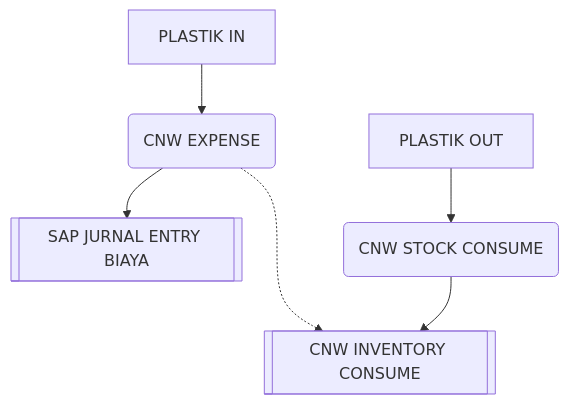
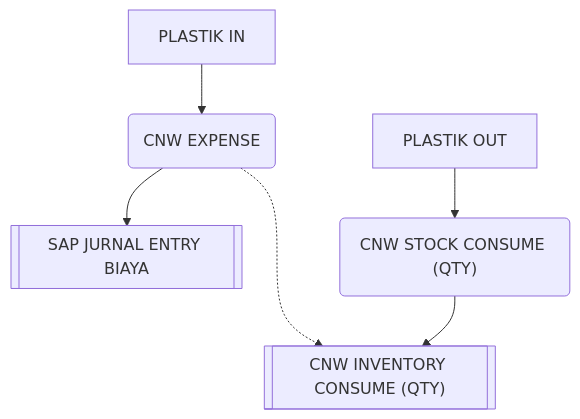
Before and after one commit to andyut/cnw_doc: the second of 2 diagrams in meeting.md, drawn with Mermaid. The commit also changed other lines of this file, not shown here.

Commit message:
meeting.md updated from https://stackedit.io/

````diff
--- a/meeting.md
+++ b/meeting.md
@@ -19,10 +19,10 @@
 ```mermaid
 graph TD
 A[ PLASTIK IN] --> B(CNW EXPENSE)
 B --> C[[SAP JURNAL ENTRY BIAYA]]
 
-B -..-> C1[[CNW INVENTORY CONSUME]]
-E[PLASTIK OUT] --> E1(CNW STOCK CONSUME)
+B -..-> C1[["CNW INVENTORY CONSUME (QTY) "]]
+E[PLASTIK OUT] --> E1("CNW STOCK CONSUME (QTY)")
 E1 --> C1
 
 ```
````
